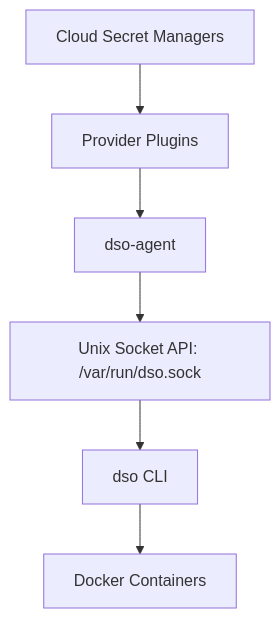
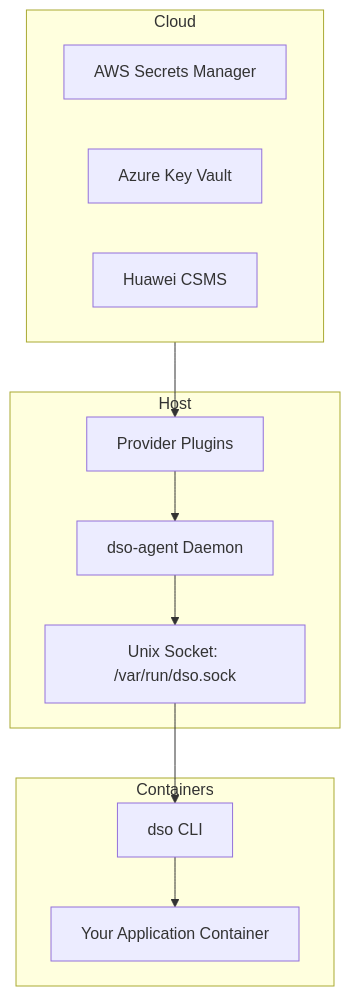
One commit to umairmd385/docker-secret-operator changed the diagram in README.md. Above: the diagram before and after it, drawn with Mermaid. The commit also changed other lines of this file and 29 other files, not shown here.

````diff
--- a/README.md
+++ b/README.md
@@ -59,8 +37,25 @@
 ```mermaid
 graph TD
-    Cloud[Cloud Secret Managers] --> Plugins[Provider Plugins]
-    Plugins --> Agent[dso-agent]
-    Agent --> Socket[Unix Socket API: /var/run/dso.sock]
-    Socket --> CLI[dso CLI]
-    CLI --> Docker[Docker Containers]
+    subgraph Cloud
+        AWS[AWS Secrets Manager]
+        Azure[Azure Key Vault]
+        Huawei[Huawei CSMS]
+    end
+
+    subgraph Host
+        Agent[dso-agent Daemon]
+        Plugins[Provider Plugins]
+        Socket[Unix Socket: /var/run/dso.sock]
+    end
+
+    subgraph Containers
+        DSO_CLI[dso CLI]
+        App[Your Application Container]
+    end
+
+    Cloud --> Plugins
+    Plugins --> Agent
+    Agent --> Socket
+    Socket --> DSO_CLI
+    DSO_CLI --> App
 ```
````
